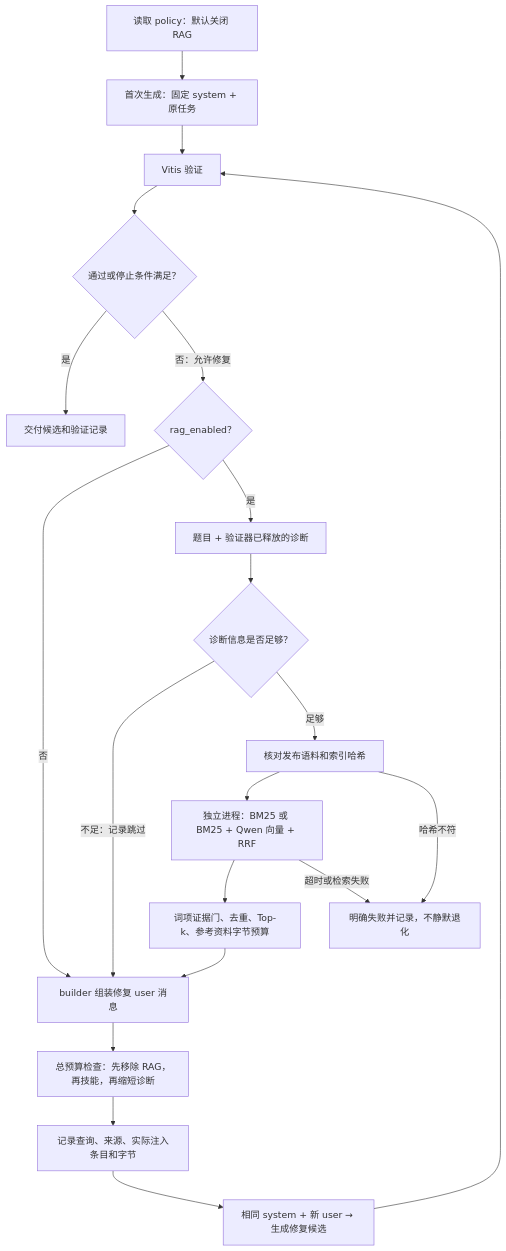
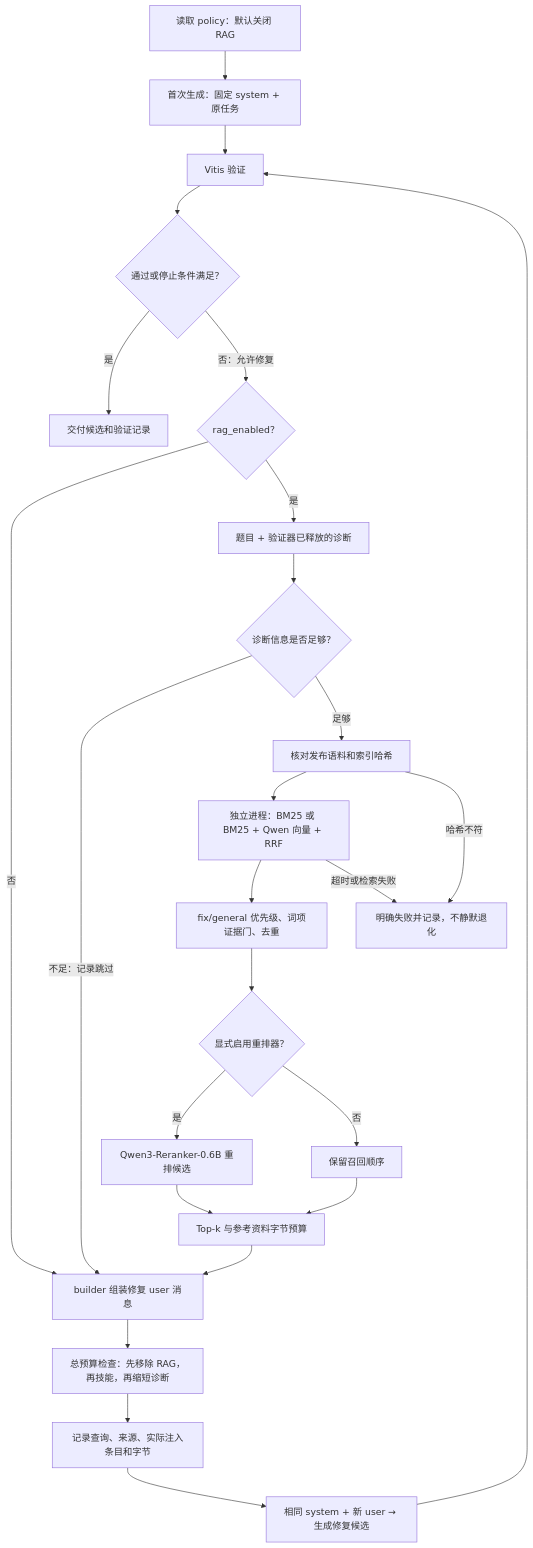
One commit to yissyii/HLS-agent changed the diagram in report/design/rag_agent.md. Above: the diagram before and after it, drawn with Mermaid. The commit also changed other lines of this file and 18 other files, not shown here.

````diff
--- a/report/design/rag_agent.md
+++ b/report/design/rag_agent.md
@@ -9,22 +9,27 @@
 ```mermaid
 flowchart TD
     A[读取 policy：默认关闭 RAG] --> B[首次生成：固定 system + 原任务]
     B --> C[Vitis 验证]
     C --> D{通过或停止条件满足？}
     D -->|是| E[交付候选和验证记录]
     D -->|否：允许修复| F{rag_enabled？}
     F -->|否| J[builder 组装修复 user 消息]
     F -->|是| G[题目 + 验证器已释放的诊断]
     G --> Q{诊断信息是否足够？}
     Q -->|不足：记录跳过| J
     Q -->|足够| H[核对发布语料和索引哈希]
     H --> I[独立进程：BM25 或 BM25 + Qwen 向量 + RRF]
-    I --> K[词项证据门、去重、Top-k、参考资料字节预算]
-    K --> J
+    I --> K[fix/general 优先级、词项证据门、去重]
+    K --> R{显式启用重排器？}
+    R -->|是| S[Qwen3-Reranker-0.6B 重排候选]
+    R -->|否| T[保留召回顺序]
+    S --> U[Top-k 与参考资料字节预算]
+    T --> U
+    U --> J
     J --> L[总预算检查：先移除 RAG，再技能，再缩短诊断]
     L --> M[记录查询、来源、实际注入条目和字节]
     M --> N[相同 system + 新 user → 生成修复候选]
     N --> C
     H -->|哈希不符| X[明确失败并记录，不静默退化]
     I -->|超时或检索失败| X
 ```
````
